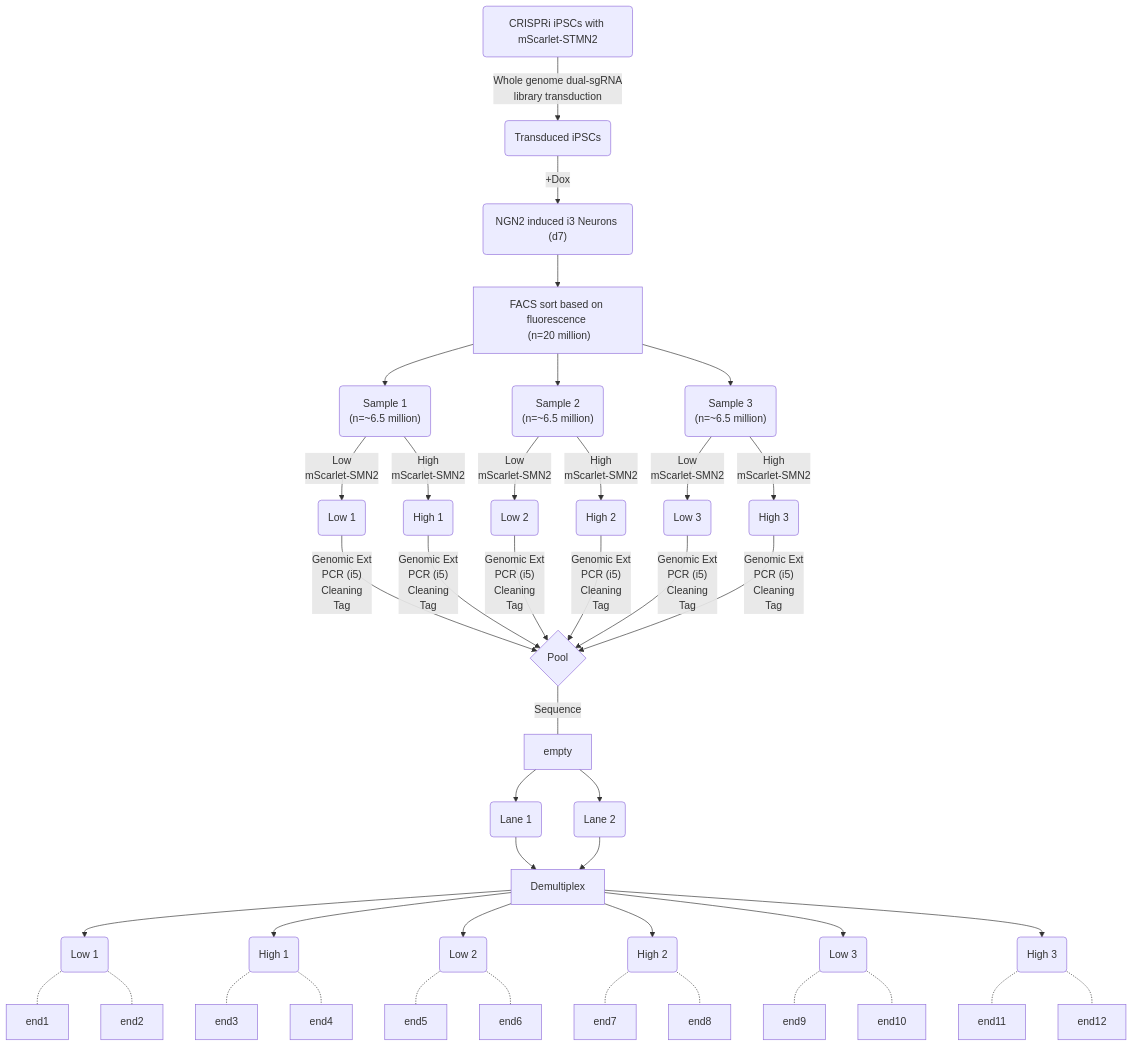
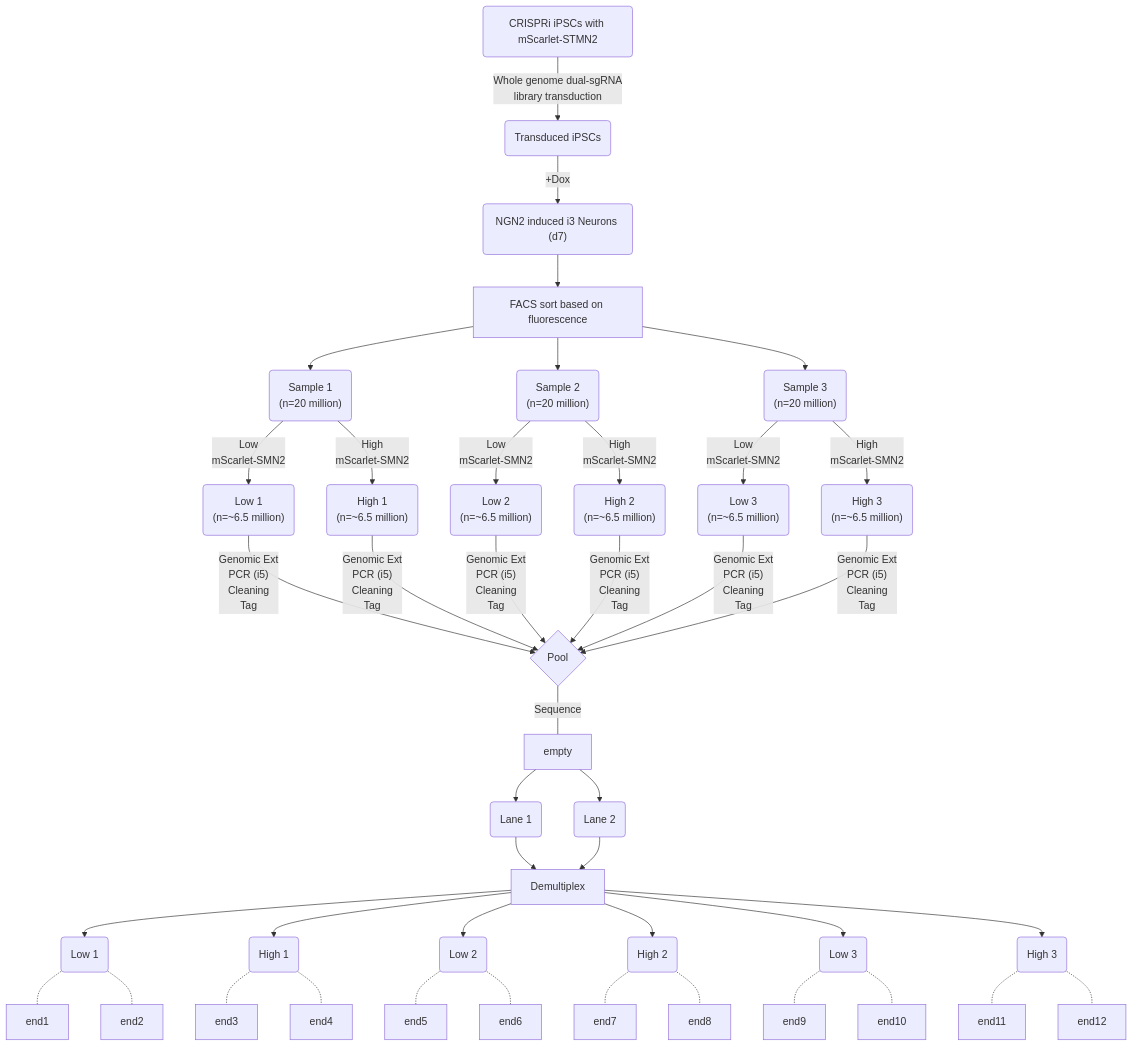
The first of 4 diagrams in dual-guide_workflow.md (petercla0119/dual_guide_crispr_optimization), drawn with Mermaid before and after one commit. The commit also changed other lines of this file, not shown here.

````diff
--- a/dual-guide_workflow.md
+++ b/dual-guide_workflow.md
@@ -2,34 +2,34 @@
 ```mermaid
     graph TB
     A(CRISPRi iPSCs with mScarlet-STMN2)-->|Whole genome dual-sgRNA \n library transduction| B(Transduced iPSCs)
     B -->|+Dox| C("NGN2 induced i3 Neurons (d7)")
-    C --> E["FACS sort based on fluorescence \n (n=20 million)"]
+    C --> E["FACS sort based on fluorescence"]
 
-    E --> s1("Sample 1 \n (n=~6.5 million)")
-    E --> s2("Sample 2 \n (n=~6.5 million)")
-    E --> s3("Sample 3 \n (n=~6.5 million)")
+    E --> s1("Sample 1 \n (n=20 million)")
+    E --> s2("Sample 2 \n (n=20 million)")
+    E --> s3("Sample 3 \n (n=20 million)")
     
-    s1 -->|Low \n mScarlet-SMN2|L1(Low 1)-->|"Genomic Ext \n PCR (i5)" \n Cleaning \n Tag|pool{Pool}
-    s1 -->|High \n mScarlet-SMN2|H1(High 1)-->|"Genomic Ext \n PCR (i5)" \n Cleaning \n Tag|pool
-    s2 -->|Low \n mScarlet-SMN2|L2(Low 2)-->|"Genomic Ext \n PCR (i5)" \n Cleaning \n Tag|pool
-    s2 -->|High \n mScarlet-SMN2|H2(High 2)-->|"Genomic Ext \n PCR (i5)" \n Cleaning \n Tag|pool
-    s3 -->|Low \n mScarlet-SMN2|L3("Low 3")-->|"Genomic Ext \n PCR (i5)" \n Cleaning \n Tag|pool
-    s3 -->|High \n mScarlet-SMN2|H3(High 3)-->|"Genomic Ext \n PCR (i5)" \n Cleaning \n Tag|pool
+    s1 -->|Low \n mScarlet-SMN2|L1("Low 1 \n(n=~6.5 million)")-->|"Genomic Ext \n PCR (i5)" \n Cleaning \n Tag|pool{Pool}
+    s1 -->|High \n mScarlet-SMN2|H1("High 1 \n(n=~6.5 million)")-->|"Genomic Ext \n PCR (i5)" \n Cleaning \n Tag|pool
+    s2 -->|Low \n mScarlet-SMN2|L2("Low 2 \n(n=~6.5 million)")-->|"Genomic Ext \n PCR (i5)" \n Cleaning \n Tag|pool
+    s2 -->|High \n mScarlet-SMN2|H2("High 2 \n(n=~6.5 million)")-->|"Genomic Ext \n PCR (i5)" \n Cleaning \n Tag|pool
+    s3 -->|Low \n mScarlet-SMN2|L3("Low 3 \n(n=~6.5 million)")-->|"Genomic Ext \n PCR (i5)" \n Cleaning \n Tag|pool
+    s3 -->|High \n mScarlet-SMN2|H3("High 3 \n(n=~6.5 million)")-->|"Genomic Ext \n PCR (i5)" \n Cleaning \n Tag|pool
 
     pool---|Sequence|empty:::hidden
     empty-->lane1(Lane 1)-->Demultiplex
     empty-->lane2(Lane 2)-->Demultiplex
     Demultiplex-->l1(Low 1)-.-end1:::hidden
         l1-.-end2:::hidden
     Demultiplex-->h1(High 1)-.-end3:::hidden
         h1-.-end4:::hidden
     Demultiplex-->l2(Low 2)-.-end5:::hidden
         l2-.-end6:::hidden
     Demultiplex-->h2(High 2)-.-end7:::hidden
         h2-.-end8:::hidden
     Demultiplex-->l3(Low 3)-.-end9:::hidden
         l3-.-end10:::hidden
     Demultiplex-->h3(High 3)-.-end11:::hidden
         h3-.-end12:::hidden
         
 ```
````
